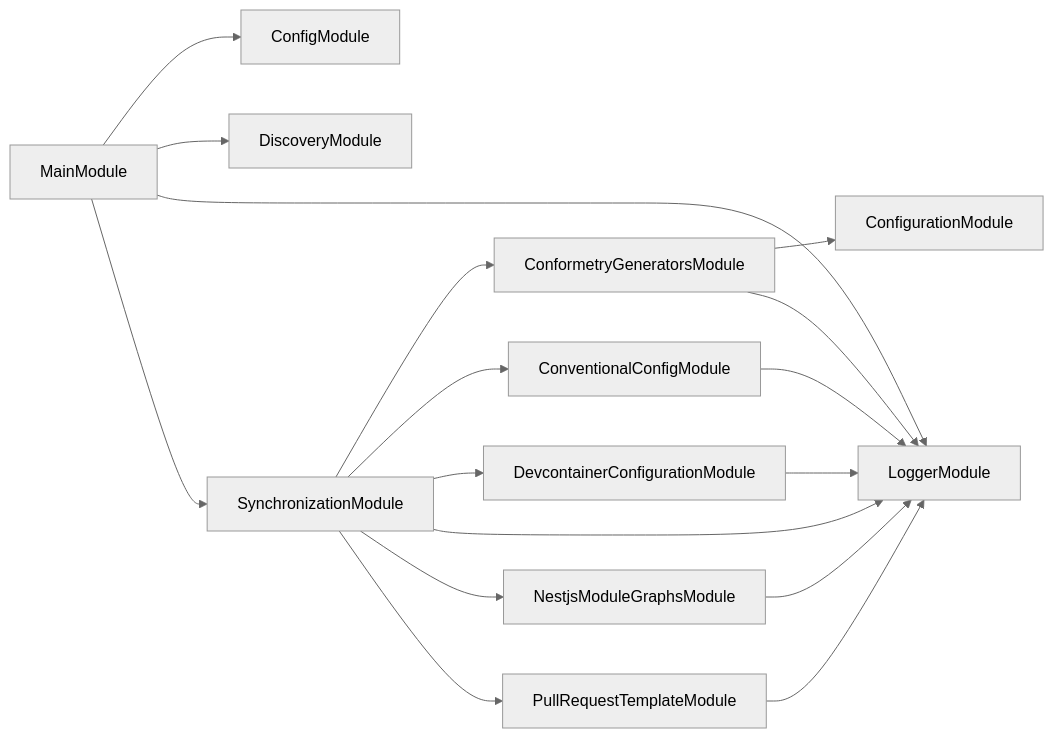
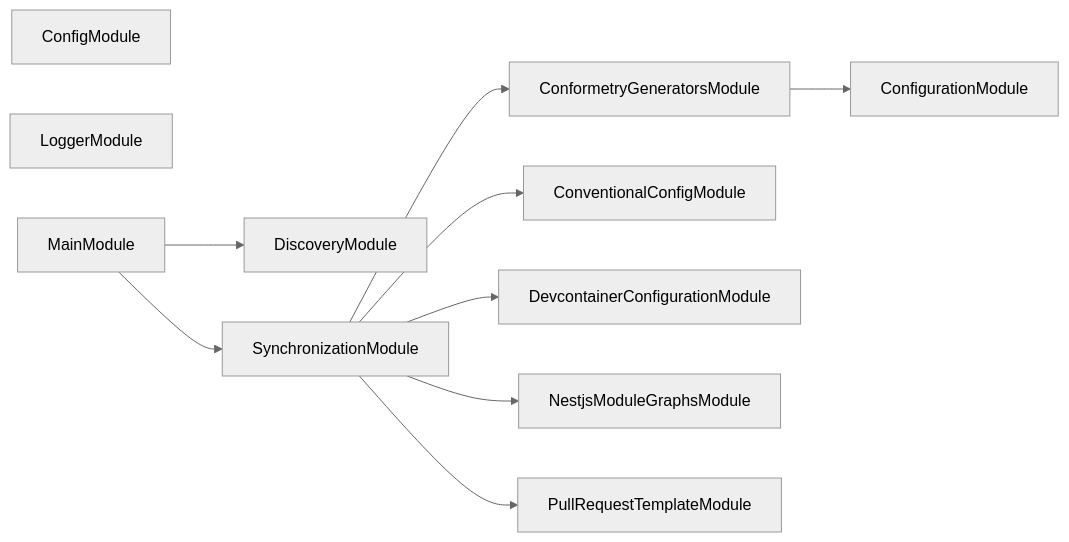
One commit to JimmyPaolini/codebase changed the diagram in tools/synchronization/AGENTS.md. Above: the diagram before and after it, drawn with Mermaid (neutral theme). The commit also changed other lines of this file and 68 other files, not shown here.

Commit message:
feat(synchronization): ✨ graph every nestjs project through spelunker preview mode

````diff
--- a/tools/synchronization/AGENTS.md
+++ b/tools/synchronization/AGENTS.md
@@ -83,19 +83,13 @@
 ```mermaid
 flowchart LR
+  ConfigModule
+  LoggerModule
   ConformetryGeneratorsModule --> ConfigurationModule
-  ConformetryGeneratorsModule --> LoggerModule
-  ConventionalConfigModule --> LoggerModule
-  DevcontainerConfigurationModule --> LoggerModule
-  MainModule --> ConfigModule
   MainModule --> DiscoveryModule
-  MainModule --> LoggerModule
   MainModule --> SynchronizationModule
-  NestjsModuleGraphsModule --> LoggerModule
-  PullRequestTemplateModule --> LoggerModule
   SynchronizationModule --> ConformetryGeneratorsModule
   SynchronizationModule --> ConventionalConfigModule
   SynchronizationModule --> DevcontainerConfigurationModule
-  SynchronizationModule --> LoggerModule
   SynchronizationModule --> NestjsModuleGraphsModule
   SynchronizationModule --> PullRequestTemplateModule
 ```
````
